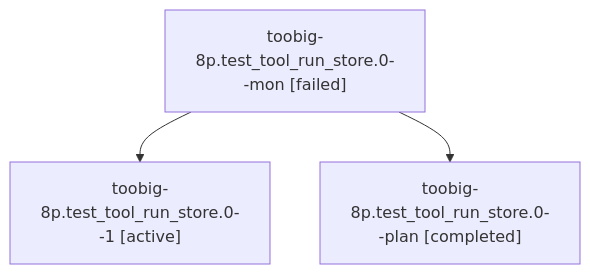
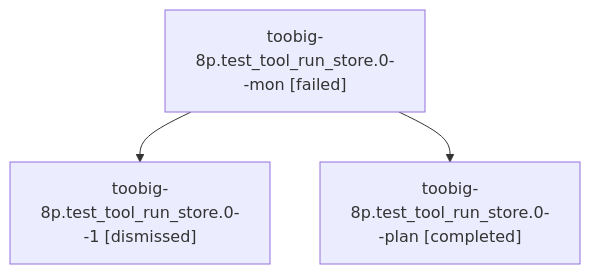
Before and after one commit to sase-org/sase--agents: the diagram in sessions/bbugyi200.athena.toobig-8p.test_tool_run_store.0.md, drawn with Mermaid. The commit also changed other lines of this file and 41 other files, not shown here.

````diff
--- a/sessions/bbugyi200.athena.toobig-8p.test_tool_run_store.0.md
+++ b/sessions/bbugyi200.athena.toobig-8p.test_tool_run_store.0.md
@@ -9,8 +9,8 @@
 ```mermaid
 flowchart TD
   n0["toobig-8p.test_tool_run_store.0--mon [failed]"]
-  n1["toobig-8p.test_tool_run_store.0--1 [active]"]
+  n1["toobig-8p.test_tool_run_store.0--1 [dismissed]"]
   n0 --> n1
   n2["toobig-8p.test_tool_run_store.0--plan [completed]"]
   n0 --> n2
 ```
````
